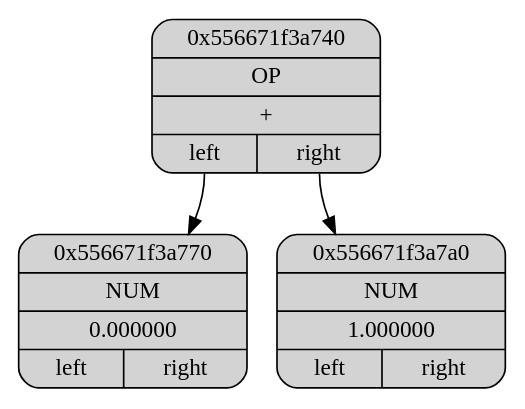
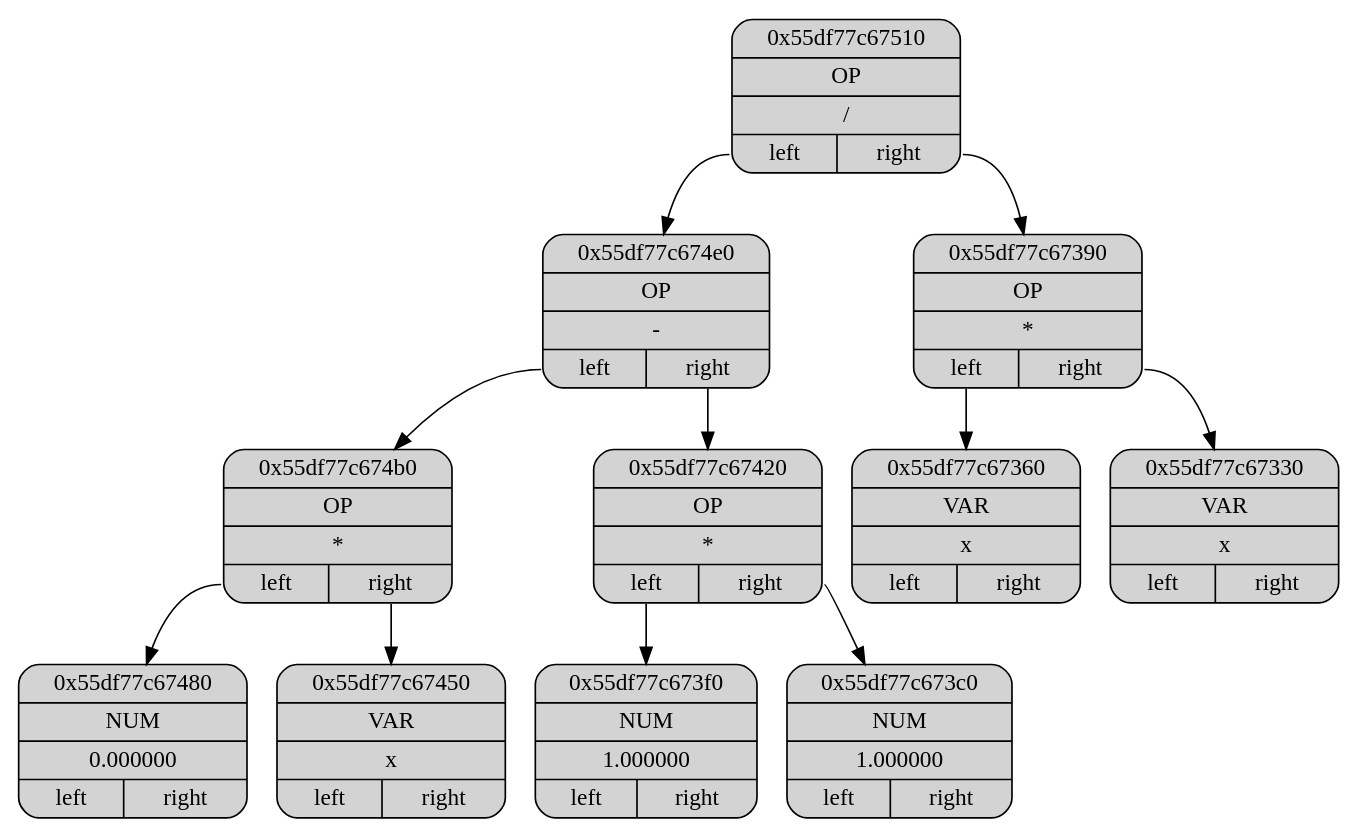
Before and after one commit to ashqqy/Differentiation: the diagram in Dump/dump.dot, drawn with Graphviz. The commit also changed 5 other files, not shown here.

```diff
--- a/Dump/dump.dot
+++ b/Dump/dump.dot
@@ -1,11 +1,27 @@
 digraph G
 {
 node[shape="record", style="rounded, filled"];
 
-p0x556671f3a740[label = "{ <ptr> 0x556671f3a740 |<type> OP | <data>+| { <l>left|<r>right } }"];
-p0x556671f3a770[label = "{ <ptr> 0x556671f3a770 |<type> NUM | <data>0.000000| { <l>left|<r>right } }"];
-p0x556671f3a7a0[label = "{ <ptr> 0x556671f3a7a0 |<type> NUM | <data>1.000000| { <l>left|<r>right } }"];
+p0x55df77c67510[label = "{ <ptr> 0x55df77c67510 |<type> OP | <data>/| { <l>left|<r>right } }"];
+p0x55df77c674e0[label = "{ <ptr> 0x55df77c674e0 |<type> OP | <data>-| { <l>left|<r>right } }"];
+p0x55df77c674b0[label = "{ <ptr> 0x55df77c674b0 |<type> OP | <data>*| { <l>left|<r>right } }"];
+p0x55df77c67480[label = "{ <ptr> 0x55df77c67480 |<type> NUM | <data>0.000000| { <l>left|<r>right } }"];
+p0x55df77c67450[label = "{ <ptr> 0x55df77c67450 |<type> VAR | <data>x| { <l>left|<r>right } }"];
+p0x55df77c67420[label = "{ <ptr> 0x55df77c67420 |<type> OP | <data>*| { <l>left|<r>right } }"];
+p0x55df77c673f0[label = "{ <ptr> 0x55df77c673f0 |<type> NUM | <data>1.000000| { <l>left|<r>right } }"];
+p0x55df77c673c0[label = "{ <ptr> 0x55df77c673c0 |<type> NUM | <data>1.000000| { <l>left|<r>right } }"];
+p0x55df77c67390[label = "{ <ptr> 0x55df77c67390 |<type> OP | <data>*| { <l>left|<r>right } }"];
+p0x55df77c67360[label = "{ <ptr> 0x55df77c67360 |<type> VAR | <data>x| { <l>left|<r>right } }"];
+p0x55df77c67330[label = "{ <ptr> 0x55df77c67330 |<type> VAR | <data>x| { <l>left|<r>right } }"];
 
-p0x556671f3a740:<l> -> p0x556671f3a770
-p0x556671f3a740:<r> -> p0x556671f3a7a0
+p0x55df77c67510:<l> -> p0x55df77c674e0
+p0x55df77c674e0:<l> -> p0x55df77c674b0
+p0x55df77c674b0:<l> -> p0x55df77c67480
+p0x55df77c674b0:<r> -> p0x55df77c67450
+p0x55df77c674e0:<r> -> p0x55df77c67420
+p0x55df77c67420:<l> -> p0x55df77c673f0
+p0x55df77c67420:<r> -> p0x55df77c673c0
+p0x55df77c67510:<r> -> p0x55df77c67390
+p0x55df77c67390:<l> -> p0x55df77c67360
+p0x55df77c67390:<r> -> p0x55df77c67330
 }
```
